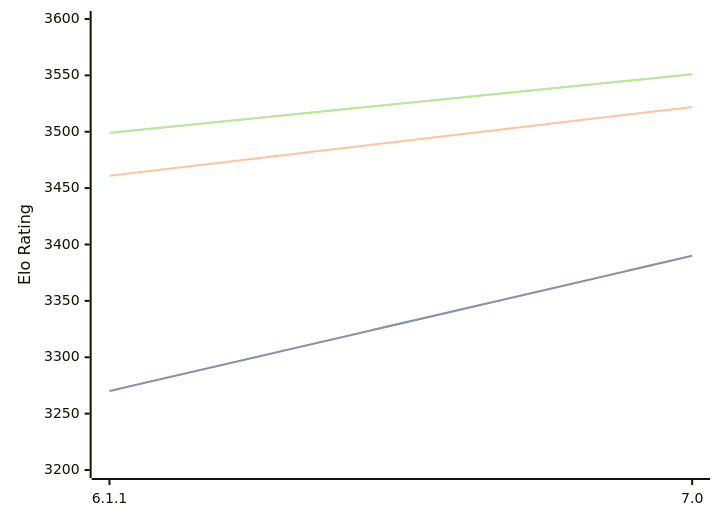
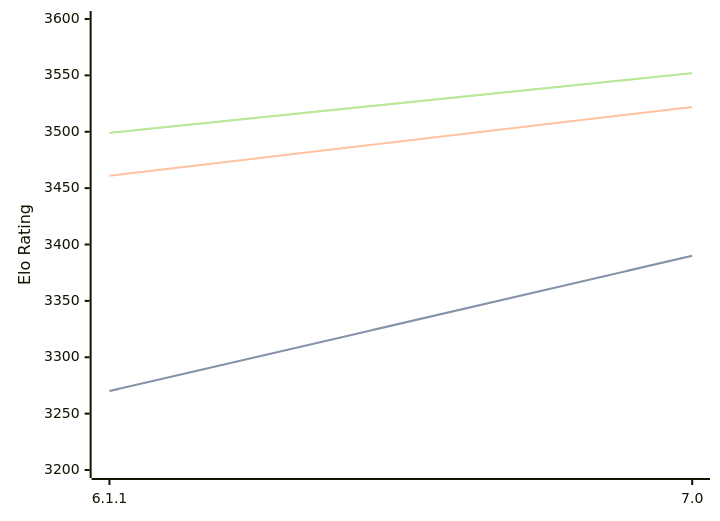
Before and after one commit to computer-chess-index/cci: the third of 3 diagrams in engines/Astra.md, drawn with Mermaid. The commit also changed other lines of this file, not shown here.

Commit message:
Update CCI Ratings (ELO VLTC) - 2026-06-30

````diff
--- a/engines/Astra.md
+++ b/engines/Astra.md
@@ -77,11 +77,11 @@
 ```mermaid
 %%{init: {"theme":"base","themeVariables":{"seriesColors:['#a3a3a3','#222221','#faa371']}}}%%
 xychart-beta
   x-axis ["6.1.1", "7.0"]
   y-axis "Elo Rating" 3200 --> 3600
   line "STC (8.0+0.08s)" [3270, 3390]
   line "STC (8.0+0.08s)" [3270, 3390]
   line "LTC (60.0+0.60s)" [3461, 3522]
-  line "VLTC (2m24s+1.12s)" [3499, 3551]
-  line "VLTC (2m24s+1.12s)" [3499, 3551]
+  line "VLTC (2m24s+1.12s)" [3499, 3552]
+  line "VLTC (2m24s+1.12s)" [3499, 3552]
 ```
````
